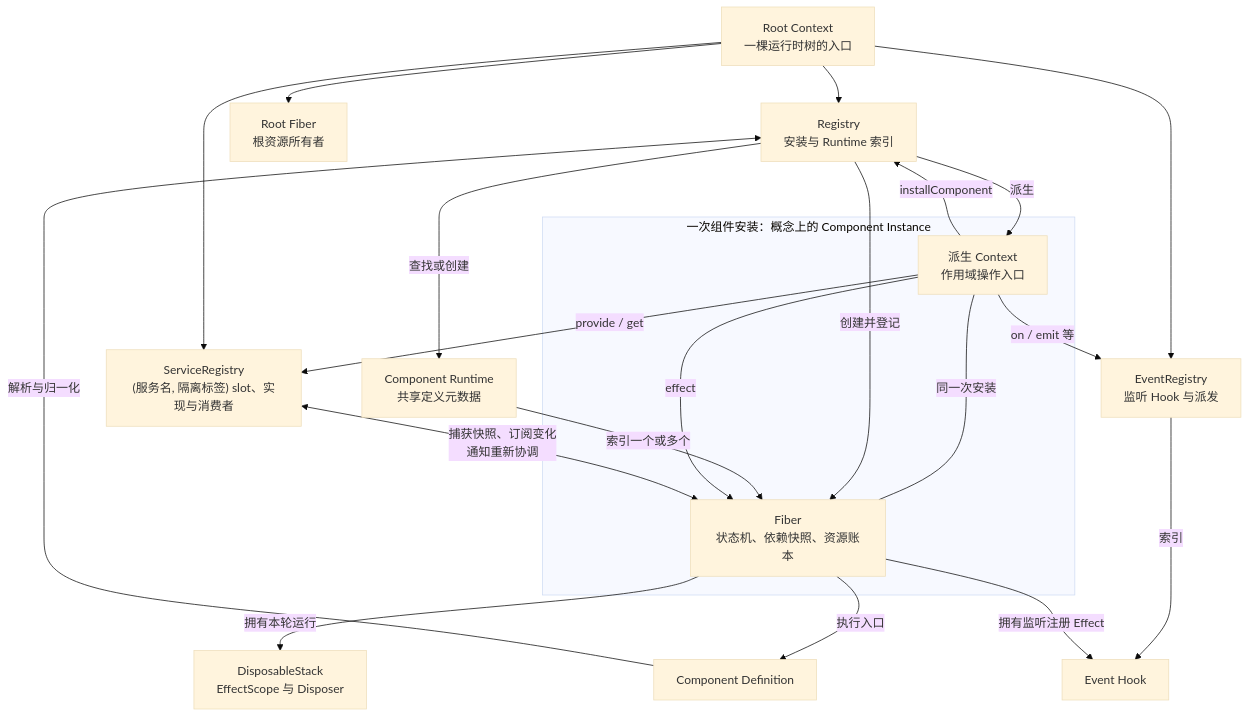
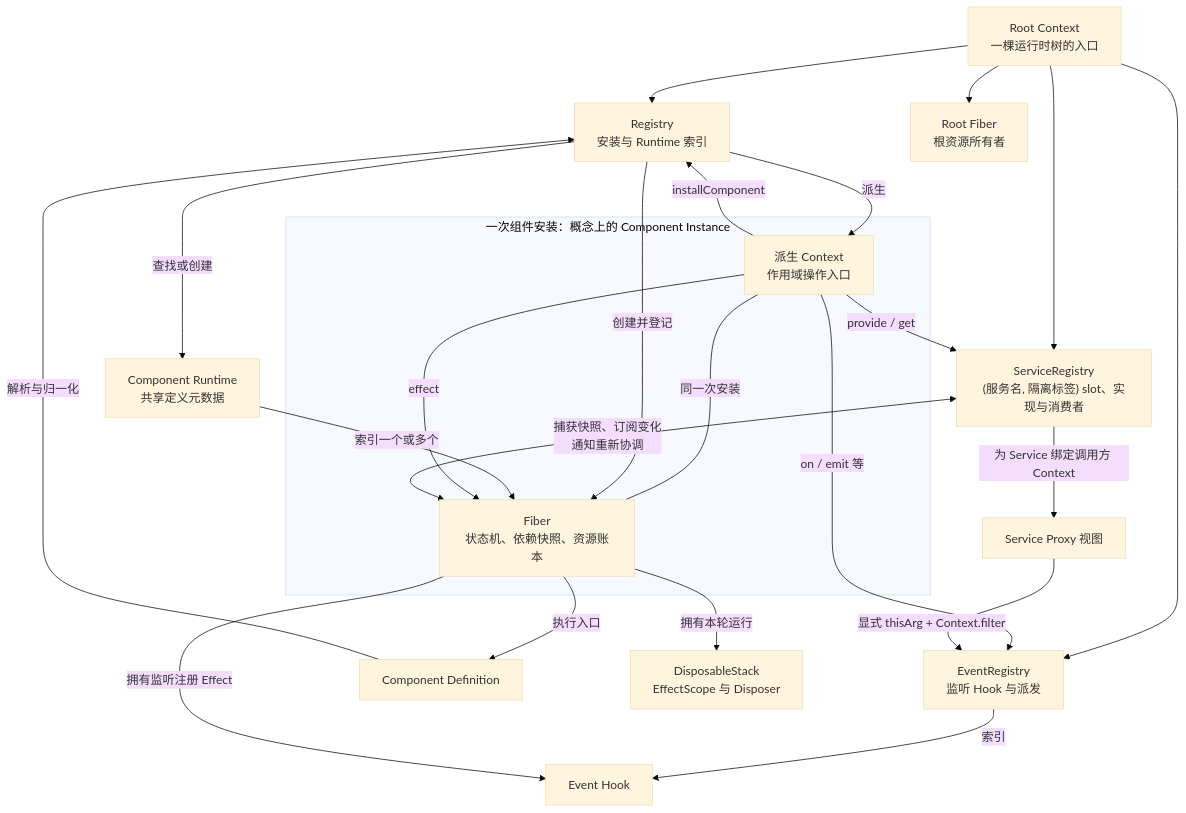
One commit to fanfan-de/NyaCore changed the second of 8 diagrams in docs/architecture.md. Above: the diagram before and after it, drawn with Mermaid (base theme). The commit also changed other lines of this file and 15 other files, not shown here.

Commit message:
Document Service caller context and isolation semantics

````diff
--- a/docs/architecture.md
+++ b/docs/architecture.md
@@ -64,40 +64,42 @@
 ```mermaid
 flowchart TB
     Root["Root Context<br/>一棵运行时树的入口"]
     Registry["Registry<br/>安装与 Runtime 索引"]
     Services["ServiceRegistry<br/>(服务名, 隔离标签) slot、实现与消费者"]
     Events["EventRegistry<br/>监听 Hook 与派发"]
     RootFiber["Root Fiber<br/>根资源所有者"]
 
     Root --> Registry
     Root --> Services
     Root --> Events
     Root --> RootFiber
 
     Definition["Component Definition"]
     Runtime["Component Runtime<br/>共享定义元数据"]
 
     Definition -->|"解析与归一化"| Registry
     Registry -->|"查找或创建"| Runtime
 
     subgraph Instance["一次组件安装：概念上的 Component Instance"]
         Context["派生 Context<br/>作用域操作入口"]
         Fiber["Fiber<br/>状态机、依赖快照、资源账本"]
         Context ---|"同一次安装"| Fiber
     end
 
     Registry -->|"派生"| Context
     Registry -->|"创建并登记"| Fiber
     Runtime -->|"索引一个或多个"| Fiber
 
     Context -->|"installComponent"| Registry
     Context -->|"effect"| Fiber
     Context -->|"provide / get"| Services
     Context -->|"on / emit 等"| Events
 
     Services <-->|"捕获快照、订阅变化<br/>通知重新协调"| Fiber
+    Services -->|"为 Service 绑定调用方 Context"| Facade["Service Proxy 视图"]
+    Facade -->|"显式 thisArg + Context.filter"| Events
     Fiber -->|"执行入口"| Definition
     Fiber -->|"拥有本轮运行"| Effects["DisposableStack<br/>EffectScope 与 Disposer"]
     Events -->|"索引"| Hook["Event Hook"]
     Fiber -->|"拥有监听注册 Effect"| Hook
 ```
````
